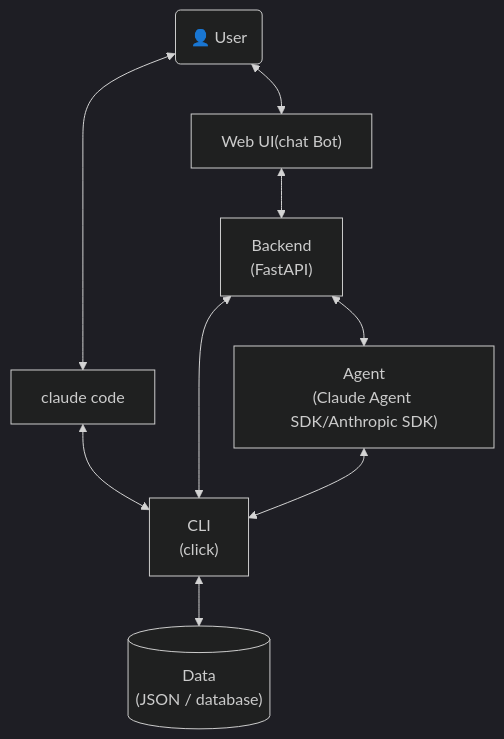
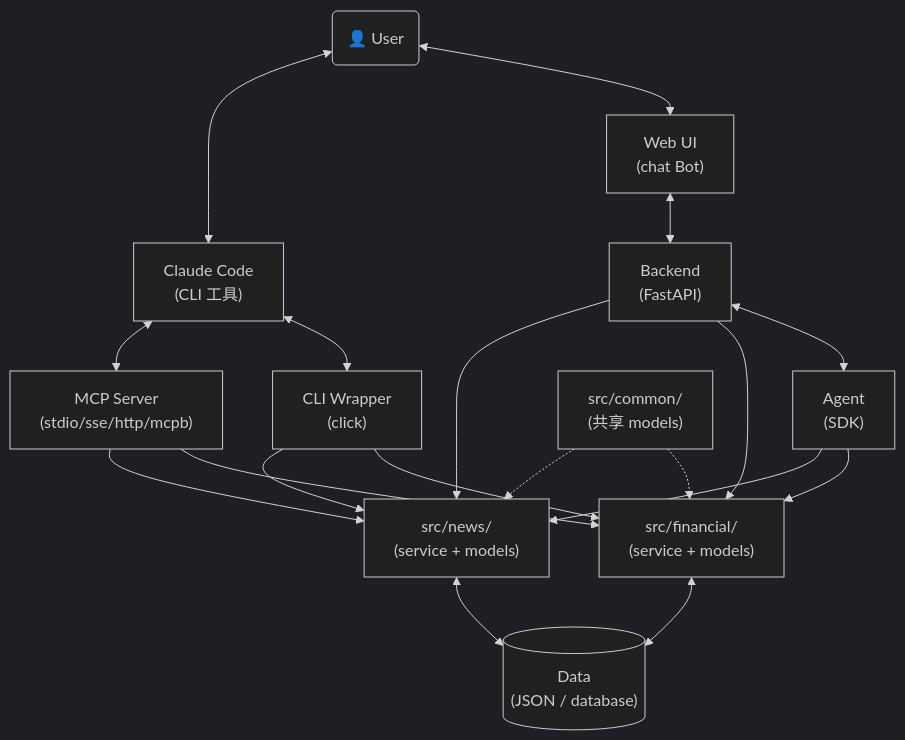
One commit to JoeyAssistant/skill-repo changed the diagram in system-prompt/agent-factory/designer.md. Above: the diagram before and after it, drawn with Mermaid (dark theme). The commit also changed other lines of this file, not shown here.

Commit message:
refactor(designer): apply new architecture (src/ + Agent Type + 模块划分)

````diff
--- a/system-prompt/agent-factory/designer.md
+++ b/system-prompt/agent-factory/designer.md
@@ -62,19 +88,33 @@
 ```mermaid
 graph TD
     User("👤 User")
-    WebUI["Web UI(chat Bot)"]
-    Claude["claude code"]
+    WebUI["Web UI<br/>(chat Bot)"]
+    Claude["Claude Code<br/>(CLI 工具)"]
     Backend["Backend<br/>(FastAPI)"]
-    Agent["Agent<br/>(Claude Agent SDK/Anthropic SDK)"]
-    CLI["CLI<br/>(click)"]
+    Agent["Agent<br/>(SDK)"]
+    McpServer["MCP Server<br/>(stdio/sse/http/mcpb)"]
+    CLI["CLI Wrapper<br/>(click)"]
+    SrcFinancial["src/financial/<br/>(service + models)"]
+    SrcNews["src/news/<br/>(service + models)"]
+    SrcCommon["src/common/<br/>(共享 models)"]
     Data[("Data<br/>(JSON / database)")]
 
     User <--> WebUI
     User <--> Claude
-    Claude <--> CLI
     WebUI <--> Backend
     Backend <--> Agent
-    Backend <--> CLI
-    Agent <--> CLI
-    CLI <--> Data
+    Backend --> SrcFinancial
+    Backend --> SrcNews
+    Agent --> SrcFinancial
+    Agent --> SrcNews
+    Claude <--> CLI
+    CLI --> SrcFinancial
+    CLI --> SrcNews
+    Claude <--> McpServer
+    McpServer --> SrcFinancial
+    McpServer --> SrcNews
+    SrcFinancial <--> Data
+    SrcNews <--> Data
+    SrcCommon -.-> SrcFinancial
+    SrcCommon -.-> SrcNews
 ```
````
